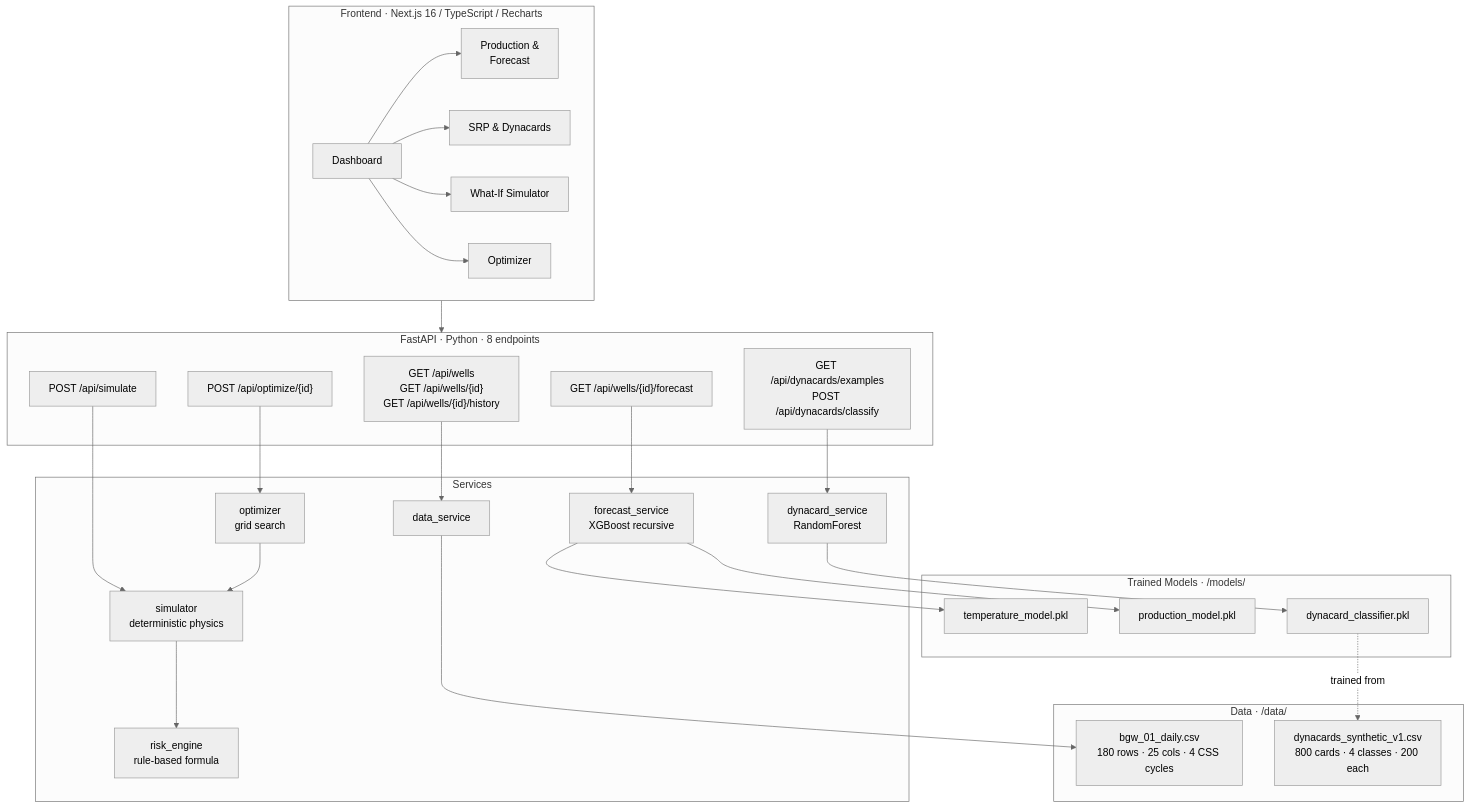
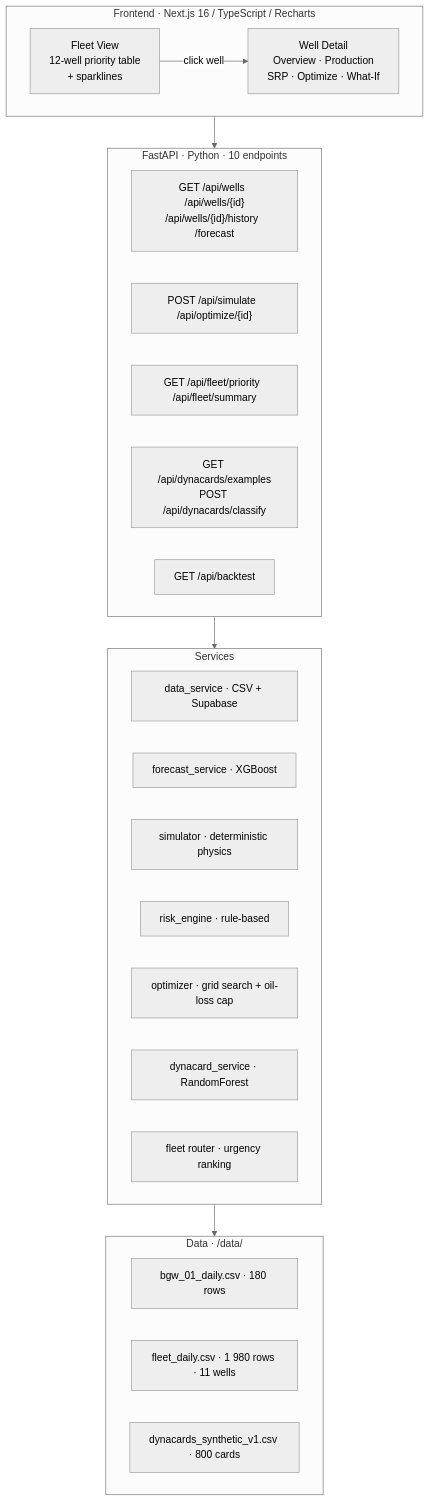
Before and after one commit to sreejeetaroy2005-svg/Tejas: the second of 3 diagrams in README.md, drawn with Mermaid (neutral theme). The commit also changed other lines of this file and 21 other files, not shown here.

````diff
--- a/README.md
+++ b/README.md
@@ -68,45 +72,35 @@
 ```mermaid
 flowchart TB
     subgraph FE["Frontend  ·  Next.js 16 / TypeScript / Recharts"]
-        P1[Dashboard] --> P2[Production &\nForecast]
-        P1 --> P3[SRP & Dynacards]
-        P1 --> P4[What-If Simulator]
-        P1 --> P5[Optimizer]
+        P0[Fleet View\n12-well priority table\n+ sparklines]
+        P1[Well Detail\nOverview · Production\nSRP · Optimize · What-If]
+        P0 -->|click well| P1
     end
 
-    subgraph API["FastAPI  ·  Python  ·  8 endpoints"]
-        R1["GET /api/wells\nGET /api/wells/{id}\nGET /api/wells/{id}/history"]
-        R2["GET /api/wells/{id}/forecast"]
-        R3["POST /api/simulate"]
-        R4["POST /api/optimize/{id}"]
-        R5["GET /api/dynacards/examples\nPOST /api/dynacards/classify"]
+    subgraph API["FastAPI  ·  Python  ·  10 endpoints"]
+        R1["GET /api/wells  /api/wells/{id}\n/api/wells/{id}/history  /forecast"]
+        R2["POST /api/simulate  /api/optimize/{id}"]
+        R3["GET /api/fleet/priority  /api/fleet/summary"]
+        R4["GET /api/dynacards/examples\nPOST /api/dynacards/classify"]
+        R5["GET /api/backtest"]
     end
 
     subgraph Svc["Services"]
-        S1[data_service]
-        S2[forecast_service\nXGBoost recursive]
-        S3[simulator\ndeterministic physics]
-        S4[risk_engine\nrule-based formula]
-        S5[optimizer\ngrid search]
-        S6[dynacard_service\nRandomForest]
+        S1[data_service · CSV + Supabase]
+        S2[forecast_service · XGBoost]
+        S3[simulator · deterministic physics]
+        S4[risk_engine · rule-based]
+        S5[optimizer · grid search + oil-loss cap]
+        S6[dynacard_service · RandomForest]
+        S7[fleet router · urgency ranking]
     end
 
-    subgraph Mdl["Trained Models  ·  /models/"]
-        M1[temperature_model.pkl]
-        M2[production_model.pkl]
-        M3[dynacard_classifier.pkl]
-    end
-
-    subgraph Dat["Data  ·  /data/"]
-        D1[bgw_01_daily.csv\n180 rows · 25 cols · 4 CSS cycles]
-        D2[dynacards_synthetic_v1.csv\n800 cards · 4 classes · 200 each]
+    subgraph Data["Data  ·  /data/"]
+        D1[bgw_01_daily.csv · 180 rows]
+        D2[fleet_daily.csv · 1 980 rows · 11 wells]
+        D3[dynacards_synthetic_v1.csv · 800 cards]
     end
 
     FE --> API
-    R1 --> S1 --> D1
-    R2 --> S2 --> M1 & M2
-    R3 --> S3 --> S4
-    R4 --> S5 --> S3
-    R5 --> S6 --> M3
-    M3 -.trained from.-> D2
+    API --> Svc --> Data
 ```
````
